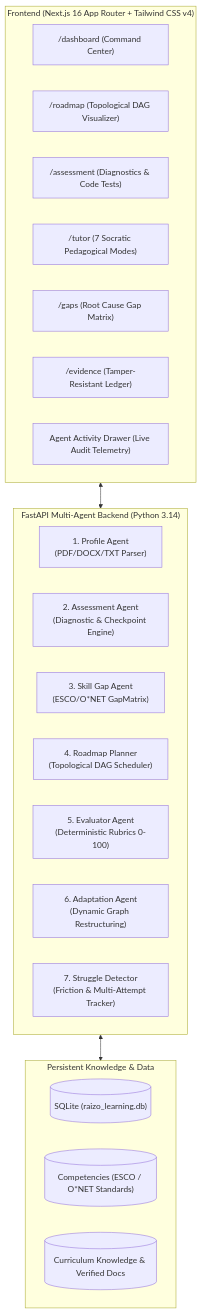
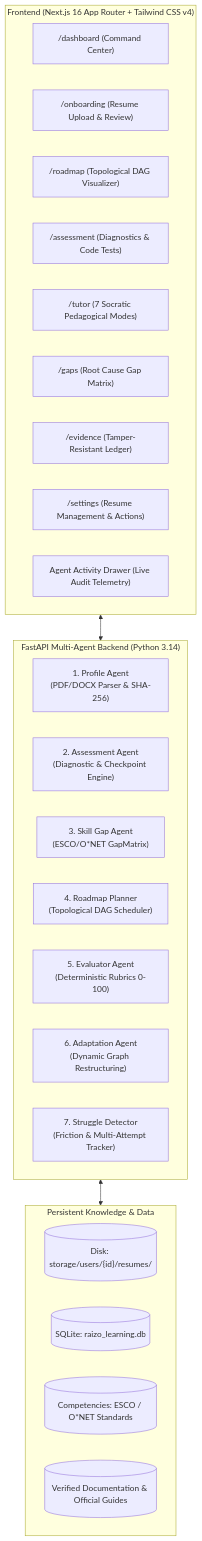
Before and after one commit to badalsahu200ns-png/raizo-edtech: the second of 2 diagrams in docs/walkthrough.md, drawn with Mermaid. The commit also changed other lines of this file and 115 other files, not shown here.

````diff
--- a/docs/walkthrough.md
+++ b/docs/walkthrough.md
@@ -20,31 +60,34 @@
 ```mermaid
 flowchart TB
     subgraph UI ["Frontend (Next.js 16 App Router + Tailwind CSS v4)"]
         Dashboard["/dashboard (Command Center)"]
+        Onboarding["/onboarding (Resume Upload & Review)"]
         RoadmapCanvas["/roadmap (Topological DAG Visualizer)"]
         AssessmentUI["/assessment (Diagnostics & Code Tests)"]
         TutorUI["/tutor (7 Socratic Pedagogical Modes)"]
         GapsUI["/gaps (Root Cause Gap Matrix)"]
         EvidenceUI["/evidence (Tamper-Resistant Ledger)"]
+        SettingsUI["/settings (Resume Management & Actions)"]
         AgentDrawer["Agent Activity Drawer (Live Audit Telemetry)"]
     end
 
     subgraph API ["FastAPI Multi-Agent Backend (Python 3.14)"]
-        ProfileAg["1. Profile Agent\n(PDF/DOCX/TXT Parser)"]
+        ProfileAg["1. Profile Agent\n(PDF/DOCX Parser & SHA-256)"]
         AssessAg["2. Assessment Agent\n(Diagnostic & Checkpoint Engine)"]
         GapAg["3. Skill Gap Agent\n(ESCO/O*NET GapMatrix)"]
         RoadmapAg["4. Roadmap Planner\n(Topological DAG Scheduler)"]
         EvalAg["5. Evaluator Agent\n(Deterministic Rubrics 0-100)"]
         AdaptAg["6. Adaptation Agent\n(Dynamic Graph Restructuring)"]
         StruggleAg["7. Struggle Detector\n(Friction & Multi-Attempt Tracker)"]
     end
 
     subgraph Storage ["Persistent Knowledge & Data"]
-        DB[("SQLite (raizo_learning.db)")]
-        ESCO[("Competencies (ESCO / O*NET Standards)")]
-        RAG[("Curriculum Knowledge & Verified Docs")]
+        PrivateDisk[("Disk: storage/users/{id}/resumes/")]
+        DB[("SQLite: raizo_learning.db")]
+        ESCO[("Competencies: ESCO / O*NET Standards")]
+        RAG[("Verified Documentation & Official Guides")]
     end
 
     UI <--> API
     API <--> Storage
 ```
````
